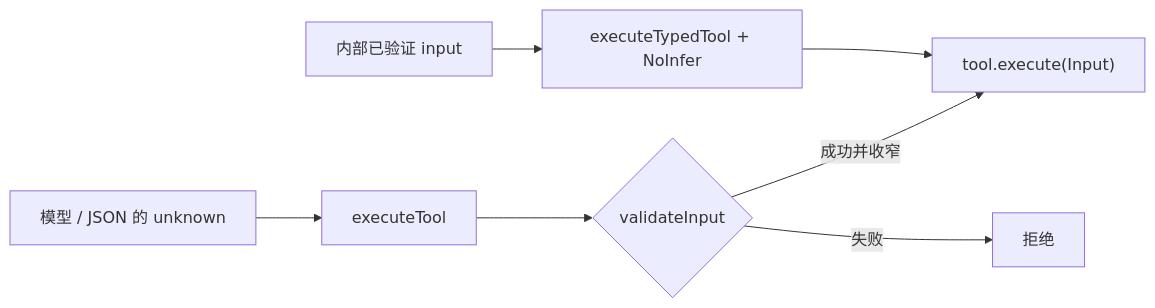
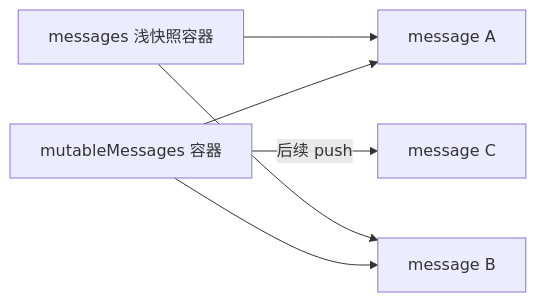
Before and after one commit to bai201928/claude-code-source-course: diagram 12 of 13 in curriculum/units/M01/final.md, drawn with Mermaid. The commit also changed other lines of this file, not shown here.

````diff
--- a/curriculum/units/M01/final.md
+++ b/curriculum/units/M01/final.md
@@ -602,10 +1144,8 @@
 ```mermaid
 flowchart LR
-  INTERNAL["内部已验证 input"] --> TYPED["executeTypedTool + NoInfer"]
-  TYPED --> CALL["tool.execute(Input)"]
-
-  EXTERNAL["模型 / JSON 的 unknown"] --> RUNTIME["executeTool"]
-  RUNTIME --> CHECK{"validateInput"}
-  CHECK -->|"失败"| ERR["拒绝"]
-  CHECK -->|"成功并收窄"| CALL
+  STORE["mutableMessages 容器"] --> A["message A"]
+  STORE --> B["message B"]
+  VIEW["messages 浅快照容器"] --> A
+  VIEW --> B
+  STORE -->|"后续 push"| C["message C"]
 ```
````
